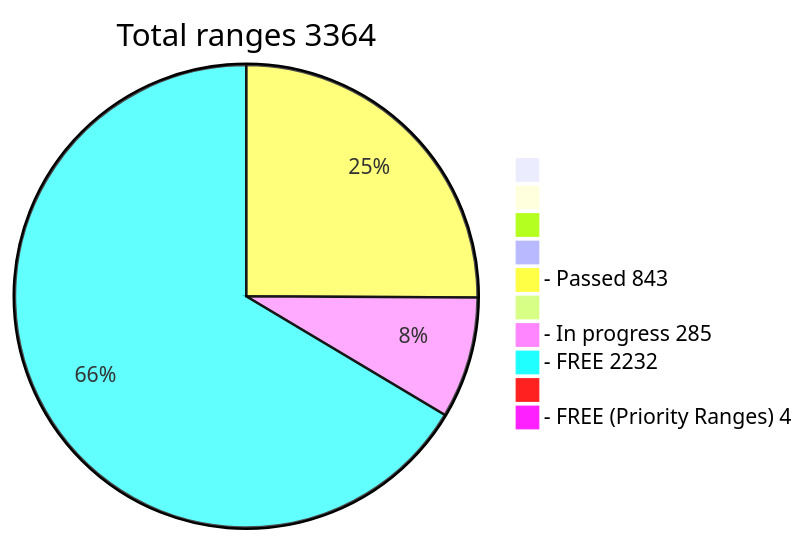
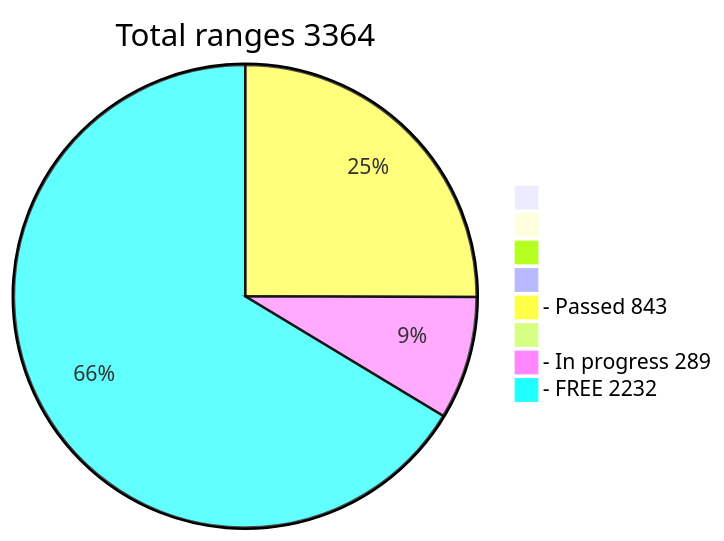
Before and after one commit to phrutis/wif500: the diagram in README.md, drawn with Mermaid.

````diff
--- a/README.md
+++ b/README.md
@@ -16,13 +16,11 @@
 ```mermaid
 pie title Total ranges 3364
              " " : 0
             "  " : 0
            "   " : 0
           "    " : 0
   "- Passed 843" : 843
          "     " : 0
-  "- In progress 285" : 285
+  "- In progress 289" : 289
    "- FREE 2232" : 2232
-        "      " : 0
-  "- FREE (Priority Ranges) 4" : 4
 ```
````
